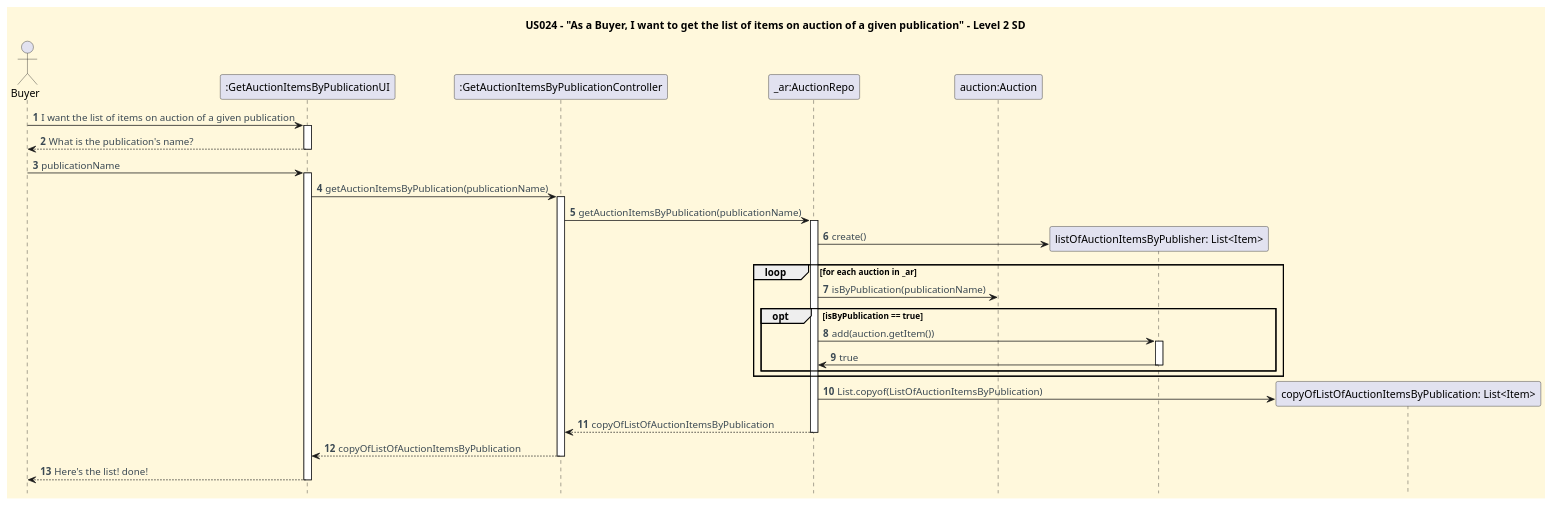
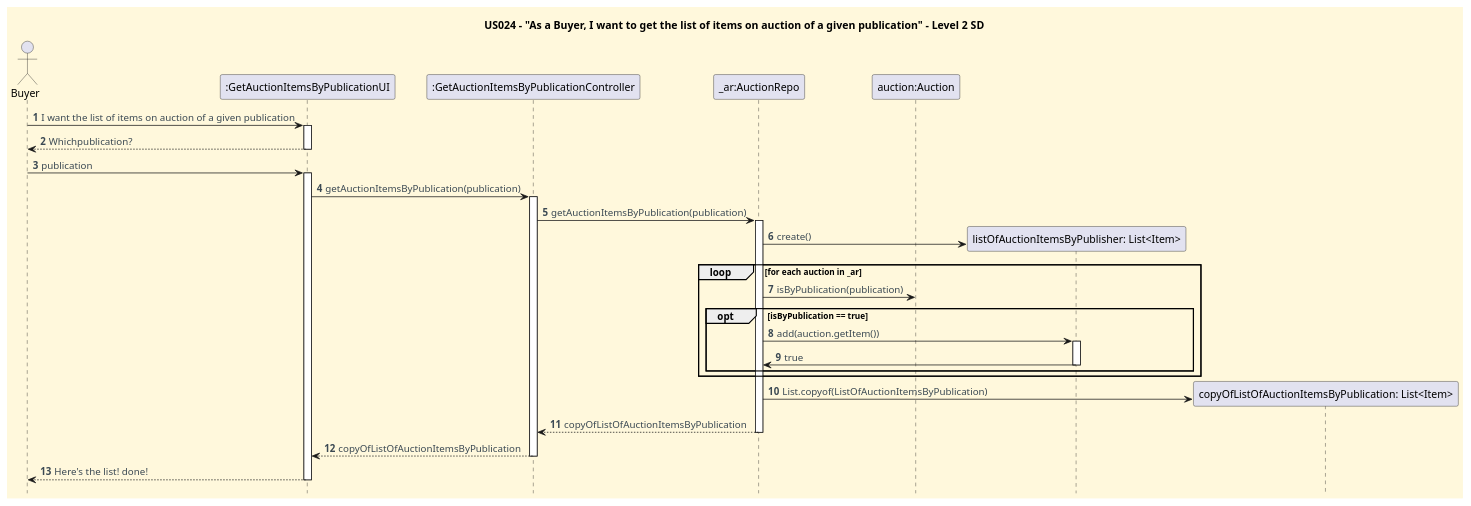
One commit to CarolinaLeite-collab/JavaMarketplacePlatform changed the diagram in docs/userStories/US024/US024_get_list_of_items_on_auction_of_given_publication_SD_2.puml. Above: the diagram before and after it, drawn with PlantUML. The commit also changed 2 other files, not shown here.

```diff
--- a/docs/userStories/US024/US024_get_list_of_items_on_auction_of_given_publication_SD_2.puml
+++ b/docs/userStories/US024/US024_get_list_of_items_on_auction_of_given_publication_SD_2.puml
@@ -1,67 +1,67 @@
 @startuml
 title US024 - "As a Buyer, I want to get the list of items on auction of a given publication" - Level 2 SD
 hidefootbox
 
 '==== basic style ====
 skinparam monochrome false
 skinparam shadowing false
 skinparam defaultFontName Futura
 skinparam objectFontSize 20
 skinparam backgroundColor CornSilk
 skinparam objectBackgroundColor WhiteSmoke
 skinparam noteBackgroundColor #FFFFE0
 skinparam ArrowFontColor #3B4953
 skinparam ActivationBackgroundColor black
 
 autonumber
 autoactivate off
 
 ' --- Actor and participants ---
 actor Buyer
 participant ":GetAuctionItemsByPublicationUI" as UI
 participant ":GetAuctionItemsByPublicationController" as CTL
 participant "_ar:AuctionRepo" as AR
 participant "auction:Auction" as DS
 
 
 
 ' --- Dialog ---
 Buyer -> UI: I want the list of items on auction of a given publication
 activate UI
-UI --> Buyer: What is the publication's name?
+UI --> Buyer: Whichpublication?
 deactivate UI
-Buyer -> UI: publicationName
+Buyer -> UI: publication
 activate UI
-UI -> CTL: getAuctionItemsByPublication(publicationName)
+UI -> CTL: getAuctionItemsByPublication(publication)
 activate CTL
-CTL -> AR: getAuctionItemsByPublication(publicationName)
+CTL -> AR: getAuctionItemsByPublication(publication)
 activate AR
 
 create "listOfAuctionItemsByPublisher: List<Item>" as List
 AR -> List: create()
 
 loop for each auction in _ar
-    AR -> DS: isByPublication(publicationName)
+    AR -> DS: isByPublication(publication)
 '    activate DS
 '    DS -> DSR: true
 '    deactivate DS
     opt isByPublication == true
         AR -> List: add(auction.getItem())
         activate List
         List -> AR: true
         deactivate List
     end
 end
 
 create "copyOfListOfAuctionItemsByPublication: List<Item>" as Copy
 AR -> Copy: List.copyof(ListOfAuctionItemsByPublication)
 
 
 AR --> CTL: copyOfListOfAuctionItemsByPublication
 deactivate AR
 CTL --> UI: copyOfListOfAuctionItemsByPublication
 deactivate CTL
 UI --> Buyer: Here's the list! done!
 deactivate UI
 
 @enduml
```
